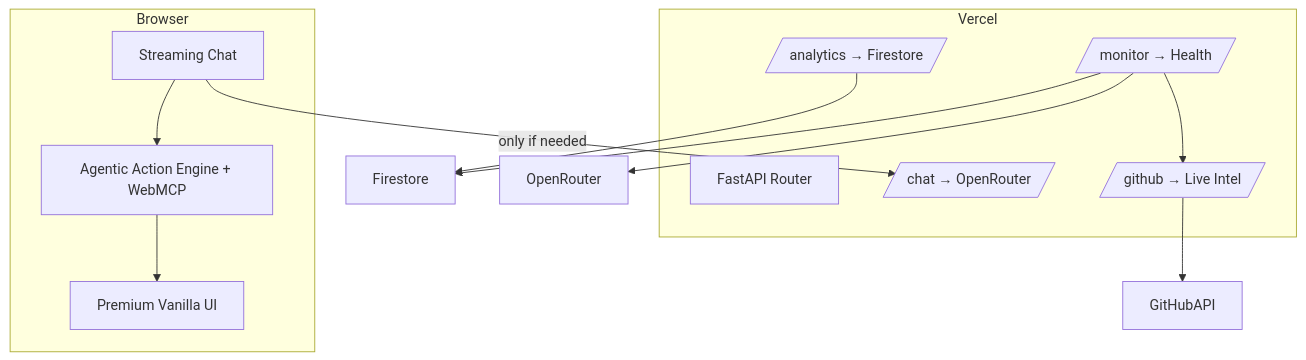
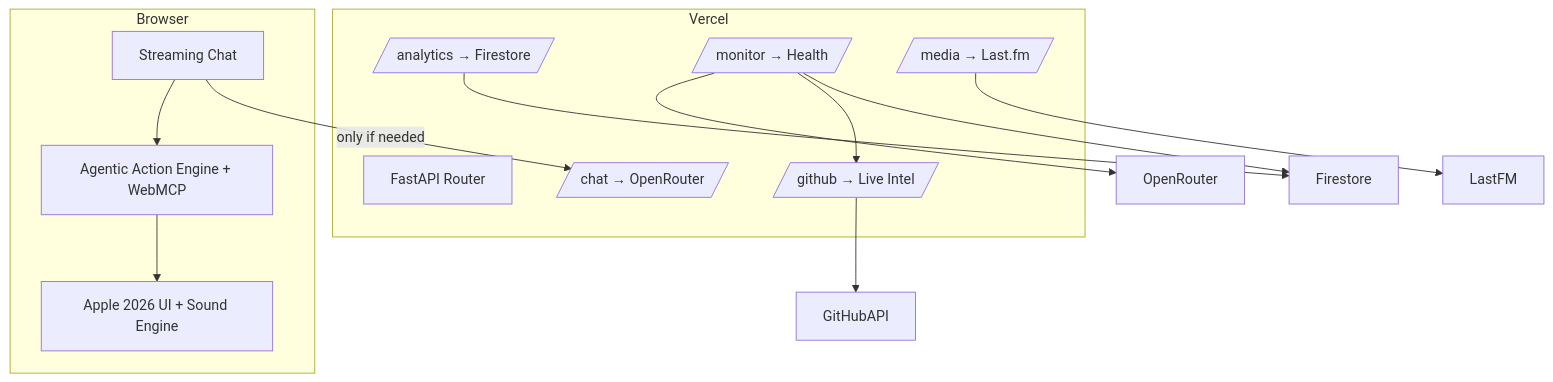
One commit to mangeshraut712/mangeshrautarchive changed the diagram in README.md. Above: the diagram before and after it, drawn with Mermaid. The commit also changed other lines of this file and 11 other files, not shown here.

````diff
--- a/README.md
+++ b/README.md
@@ -224,23 +230,25 @@
 ```mermaid
 flowchart TD
     subgraph Browser
-        UI[Premium Vanilla UI]
+        UI[Apple 2026 UI + Sound Engine]
         Agentic[Agentic Action Engine + WebMCP]
         Chat[Streaming Chat]
     end
 
     subgraph Vercel
         FastAPI[FastAPI Router]
         ChatAPI[/chat → OpenRouter/]
         Analytics[/analytics → Firestore/]
         GitHub[/github → Live Intel/]
         Monitor[/monitor → Health/]
+        Media[/media → Last.fm/]
     end
 
     Agentic --> UI
     Chat --> Agentic
     Chat -- only if needed --> ChatAPI
     Analytics --> Firestore
     GitHub --> GitHubAPI
     Monitor --> OpenRouter & GitHub & Firestore
+    Media --> LastFM
 ```
````
